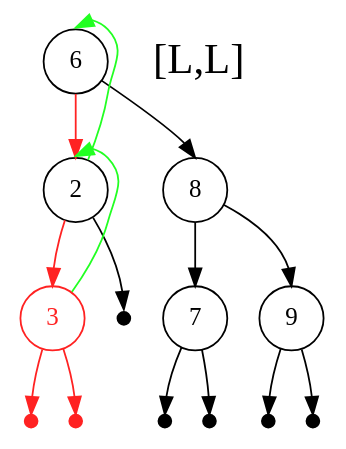
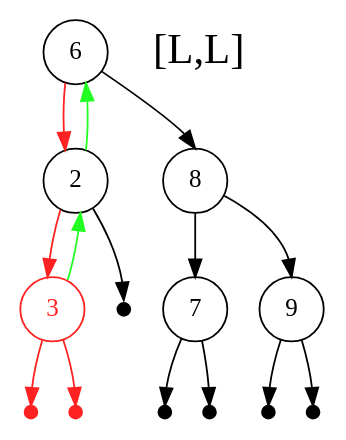
One commit to joel-wright/ZipperHS changed the diagram in Slides/Diagrams/FocusTreeEdit.dot. Above: the diagram before and after it, drawn with Graphviz. The commit also changed other lines of this file and 1 other file, not shown here.

Commit message:
Fix issues with FocusTreeEdit and headport

```diff
--- a/Slides/Diagrams/FocusTreeEdit.dot
+++ b/Slides/Diagrams/FocusTreeEdit.dot
@@ -1,33 +1,33 @@
 digraph T {
    bgcolor = "#FFFFFF00";
    node [shape = circle];
    node0[label = "6"];
    node1[label = "2"];
    node3[label = "3", color = "#FF2222FF", fontcolor = "#FF2222FF"];
    node4[label = "8"];
    node5[label = "7"];
    node6[label = "9"];
    node7[shape = "plaintext", label = "[L,L]", fontname = "Droid Sans Mono", fontsize = 24.0];
    leaf1[shape = point, fixedsize=true, width=.1, height=.1];
    leaf2[shape = point, fixedsize=true, width=.1, height=.1, color = "#FF2222FF"];
    leaf3[shape = point, fixedsize=true, width=.1, height=.1, color = "#FF2222FF"];
    leaf4[shape = point, fixedsize=true, width=.1, height=.1];
    leaf5[shape = point, fixedsize=true, width=.1, height=.1];
    leaf6[shape = point, fixedsize=true, width=.1, height=.1];
    leaf7[shape = point, fixedsize=true, width=.1, height=.1];
-   edge[headport = n];
    "node0" -> "node1" [color = "#FF2222FF"];
    "node1" -> "node0" [color = "#22FF22FF"];
+   "node3" -> "node1" [color = "#22FF22FF"];
    "node1" -> "node3" [color = "#FF2222FF"];
-   "node3" -> "node1" [color = "#22FF22FF"];
+   edge[headport = n];
    "node0" -> "node4";
    "node4" -> "node5";
    "node4" -> "node6";
    "node1" -> "leaf1";
    "node3" -> "leaf2" [color = "#FF2222FF"];
    "node3" -> "leaf3" [color = "#FF2222FF"];
    "node5" -> "leaf4";
    "node5" -> "leaf5";
    "node6" -> "leaf6";
    "node6" -> "leaf7";
 }
```
